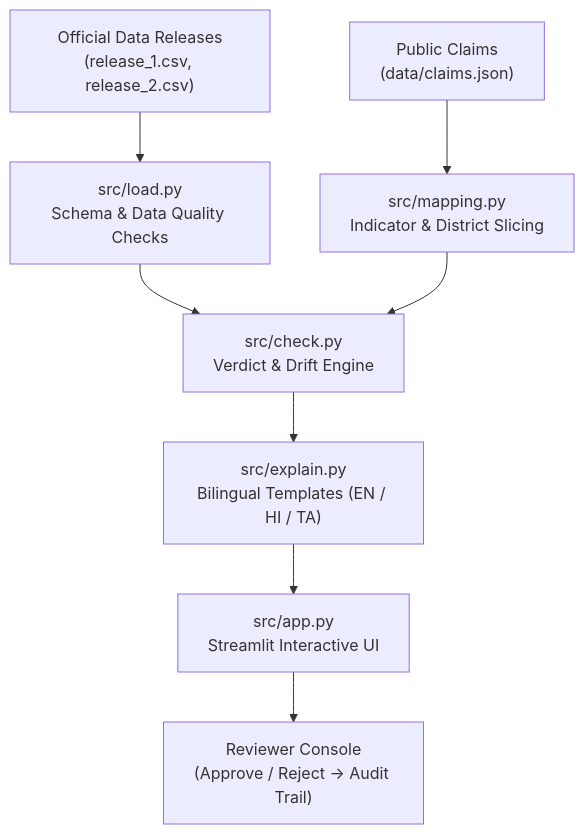
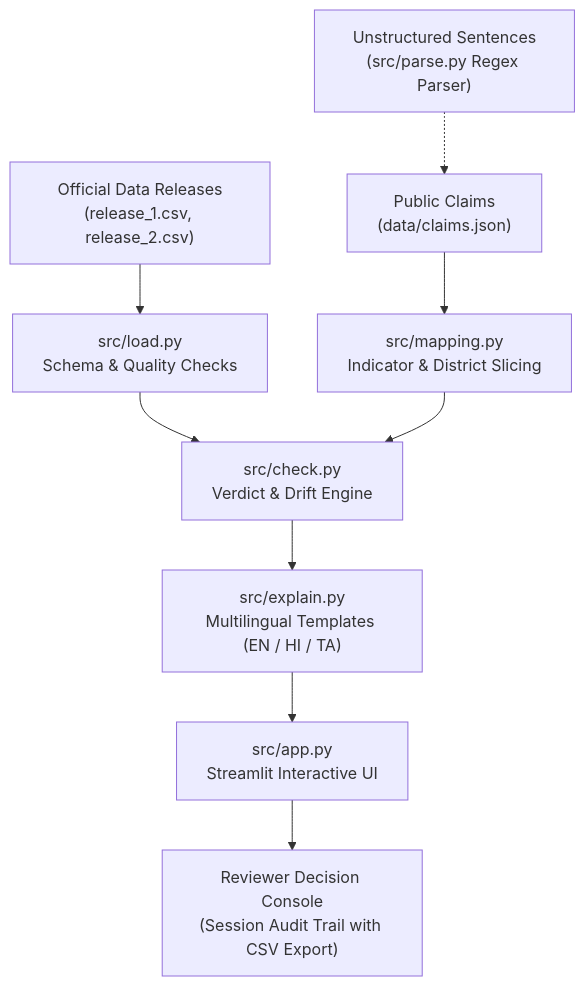
Before and after one commit to tamizh-369/hack-for-cause: the diagram in README.md, drawn with Mermaid. The commit also changed other lines of this file and 12 other files, not shown here.

````diff
--- a/README.md
+++ b/README.md
@@ -28,10 +46,11 @@
 ```mermaid
 flowchart TD
-    A["Official Data Releases\n(release_1.csv, release_2.csv)"] --> B["src/load.py\nSchema & Data Quality Checks"]
+    A["Official Data Releases\n(release_1.csv, release_2.csv)"] --> B["src/load.py\nSchema & Quality Checks"]
     C["Public Claims\n(data/claims.json)"] --> D["src/mapping.py\nIndicator & District Slicing"]
+    P["Unstructured Sentences\n(src/parse.py Regex Parser)"] -.-> C
     B --> E["src/check.py\nVerdict & Drift Engine"]
     D --> E
-    E --> F["src/explain.py\nBilingual Templates (EN / HI / TA)"]
+    E --> F["src/explain.py\nMultilingual Templates (EN / HI / TA)"]
     F --> G["src/app.py\nStreamlit Interactive UI"]
-    G --> H["Reviewer Console\n(Approve / Reject -> Audit Trail)"]
+    G --> H["Reviewer Decision Console\n(Session Audit Trail with CSV Export)"]
 ```
````
